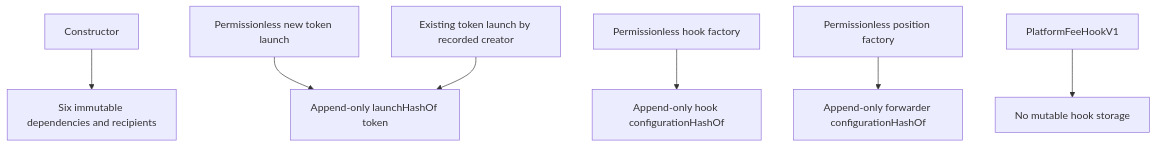
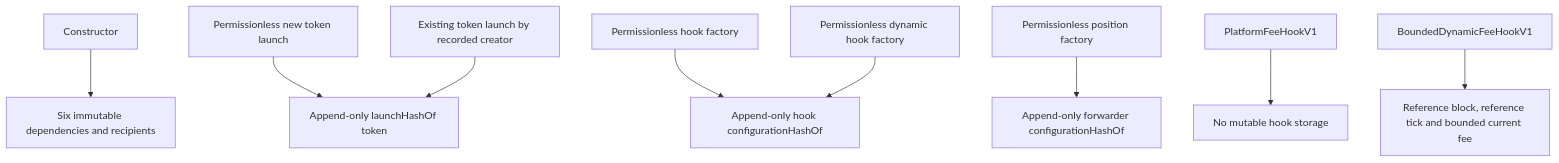
Before and after one commit to 0xprogrammable/PROGRAMMABLE: the diagram in contracts/security/diagrams/state-authorization.md, drawn with Mermaid. The commit also changed other lines of this file and 32 other files, not shown here.

Commit message:
feat: add bounded dynamic fee auction

````diff
--- a/contracts/security/diagrams/state-authorization.md
+++ b/contracts/security/diagrams/state-authorization.md
@@ -9,21 +9,26 @@
 ```mermaid
 flowchart TD
     Constructor[Constructor]
     Immutables[Six immutable dependencies and recipients]
     NewLaunch[Permissionless new token launch]
     ExistingLaunch[Existing token launch by recorded creator]
     LaunchHash[Append-only launchHashOf token]
     HookFactory[Permissionless hook factory]
+    DynamicHookFactory[Permissionless dynamic hook factory]
     HookRecord[Append-only hook configurationHashOf]
     PositionFactory[Permissionless position factory]
     PositionRecord[Append-only forwarder configurationHashOf]
     Hook[PlatformFeeHookV1]
+    DynamicHook[BoundedDynamicFeeHookV1]
     NoStorage[No mutable hook storage]
+    BoundedState[Reference block, reference tick and bounded current fee]
 
     Constructor --> Immutables
     NewLaunch --> LaunchHash
     ExistingLaunch --> LaunchHash
     HookFactory --> HookRecord
+    DynamicHookFactory --> HookRecord
     PositionFactory --> PositionRecord
     Hook --> NoStorage
+    DynamicHook --> BoundedState
 ```
````
